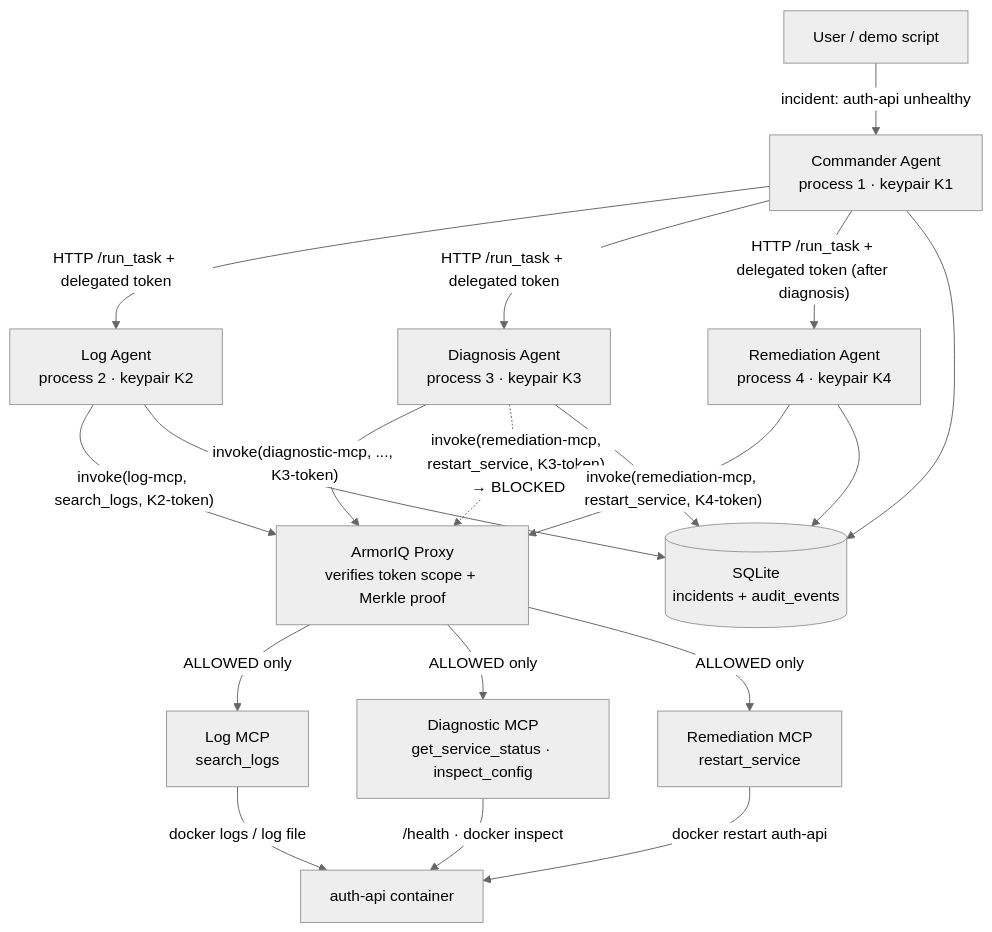
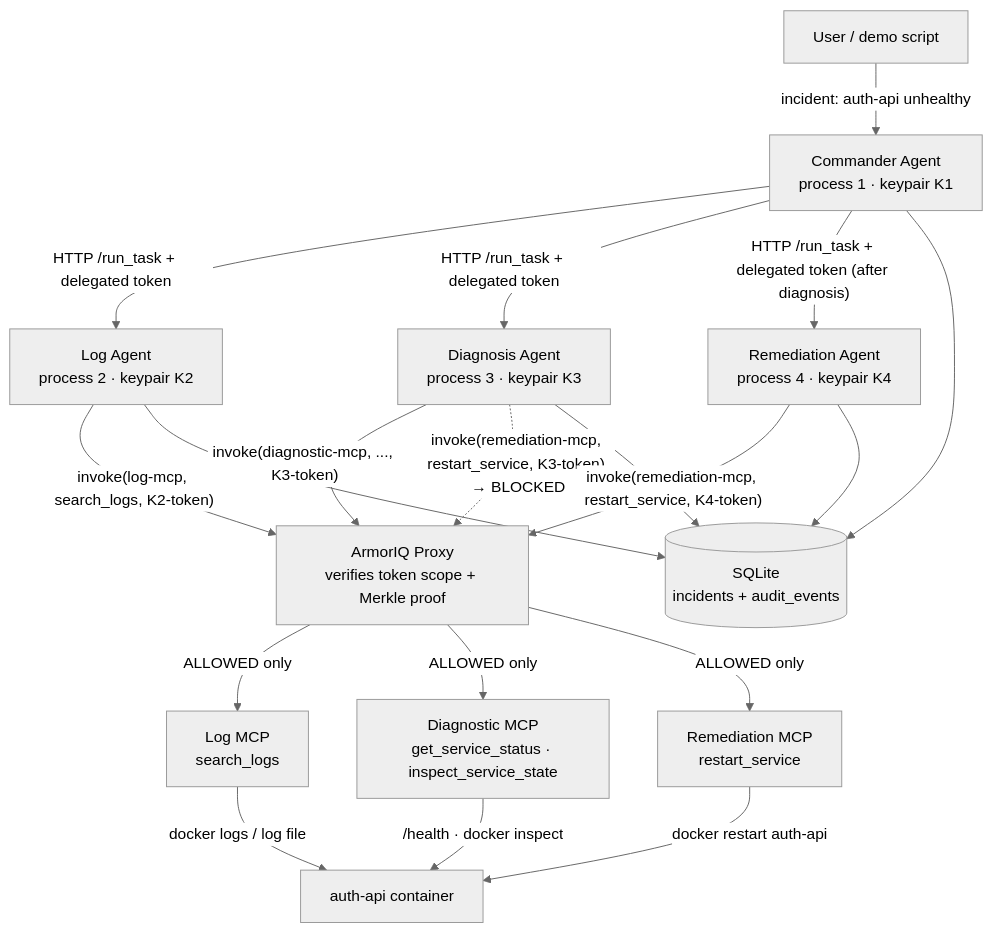
The first of 5 diagrams in ARCHITECTURE.md (domainkeeper/AegisOps), drawn with Mermaid (neutral theme) before and after one commit. The commit also changed other lines of this file and 21 other files, not shown here.

````diff
--- a/ARCHITECTURE.md
+++ b/ARCHITECTURE.md
@@ -58,25 +58,25 @@
 ```mermaid
 flowchart TB
     U["User / demo script"] -->|"incident: auth-api unhealthy"| C["Commander Agent<br/>process 1 · keypair K1"]
     C -->|"HTTP /run_task + delegated token"| L["Log Agent<br/>process 2 · keypair K2"]
     C -->|"HTTP /run_task + delegated token"| D["Diagnosis Agent<br/>process 3 · keypair K3"]
     C -->|"HTTP /run_task + delegated token (after diagnosis)"| R["Remediation Agent<br/>process 4 · keypair K4"]
 
     L -->|"invoke(log-mcp, search_logs, K2-token)"| P["ArmorIQ Proxy<br/>verifies token scope + Merkle proof"]
     D -->|"invoke(diagnostic-mcp, ..., K3-token)"| P
     D -.->|"invoke(remediation-mcp, restart_service, K3-token) → BLOCKED"| P
     R -->|"invoke(remediation-mcp, restart_service, K4-token)"| P
 
     P -->|ALLOWED only| LM["Log MCP<br/>search_logs"]
-    P -->|ALLOWED only| DM["Diagnostic MCP<br/>get_service_status · inspect_config"]
+    P -->|ALLOWED only| DM["Diagnostic MCP<br/>get_service_status · inspect_service_state"]
     P -->|ALLOWED only| RM["Remediation MCP<br/>restart_service"]
 
     LM -->|"docker logs / log file"| S["auth-api container"]
     DM -->|"/health · docker inspect"| S
     RM -->|"docker restart auth-api"| S
 
     C --> DB[("SQLite<br/>incidents + audit_events")]
     L --> DB
     D --> DB
     R --> DB
 ```
````
